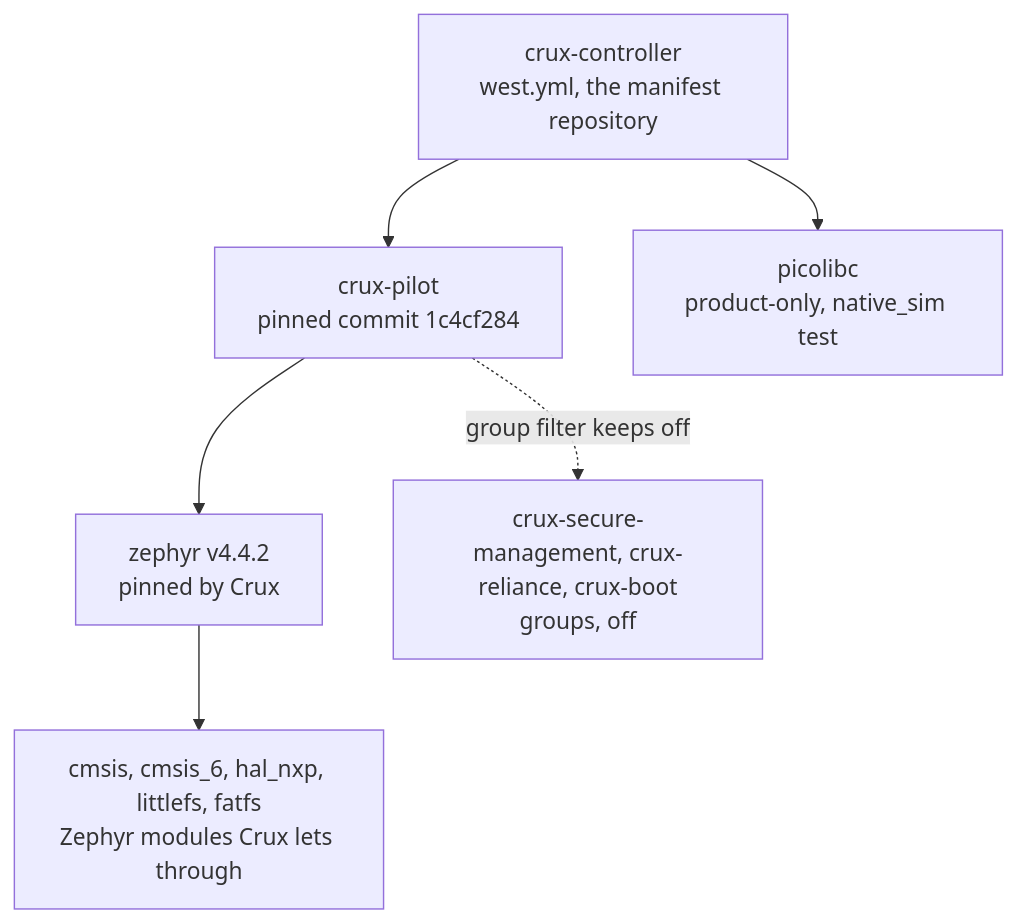
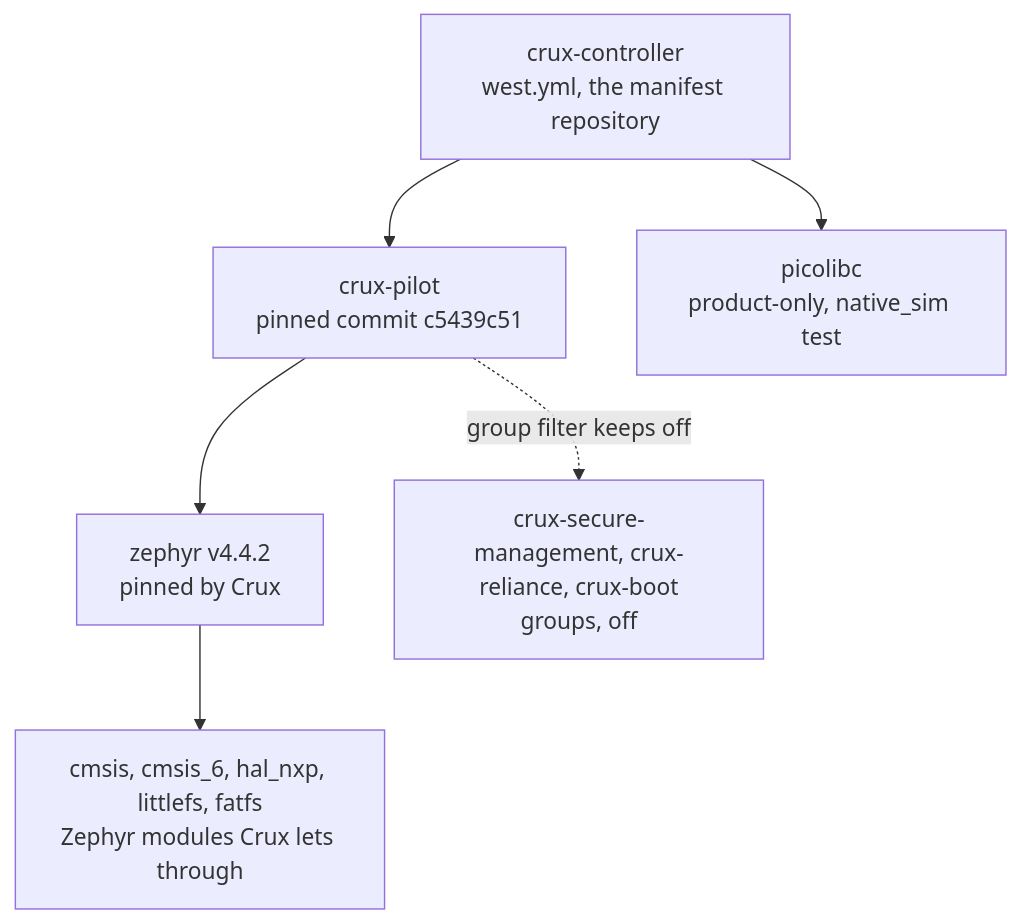
Before and after one commit to wonny-labs/crux-controller: the diagram in docs/dependencies.md, drawn with Mermaid. The commit also changed other lines of this file and 15 other files, not shown here.

First line of the commit message:
build(west): move the crux-pilot pin to c5439c51

````diff
--- a/docs/dependencies.md
+++ b/docs/dependencies.md
@@ -16,14 +16,14 @@
 ```mermaid
 flowchart TD
     CC["crux-controller<br/>west.yml, the manifest repository"]
-    CP["crux-pilot<br/>pinned commit 1c4cf284"]
+    CP["crux-pilot<br/>pinned commit c5439c51"]
     ZP["zephyr v4.4.2<br/>pinned by Crux"]
     MOD["cmsis, cmsis_6, hal_nxp, littlefs, fatfs<br/>Zephyr modules Crux lets through"]
     PL["picolibc<br/>product-only, native_sim test"]
     OFF["crux-secure-management, crux-reliance, crux-boot<br/>groups, off"]
     CC --> CP
     CC --> PL
     CP --> ZP
     ZP --> MOD
     CP -. "group filter keeps off" .-> OFF
 ```
````
